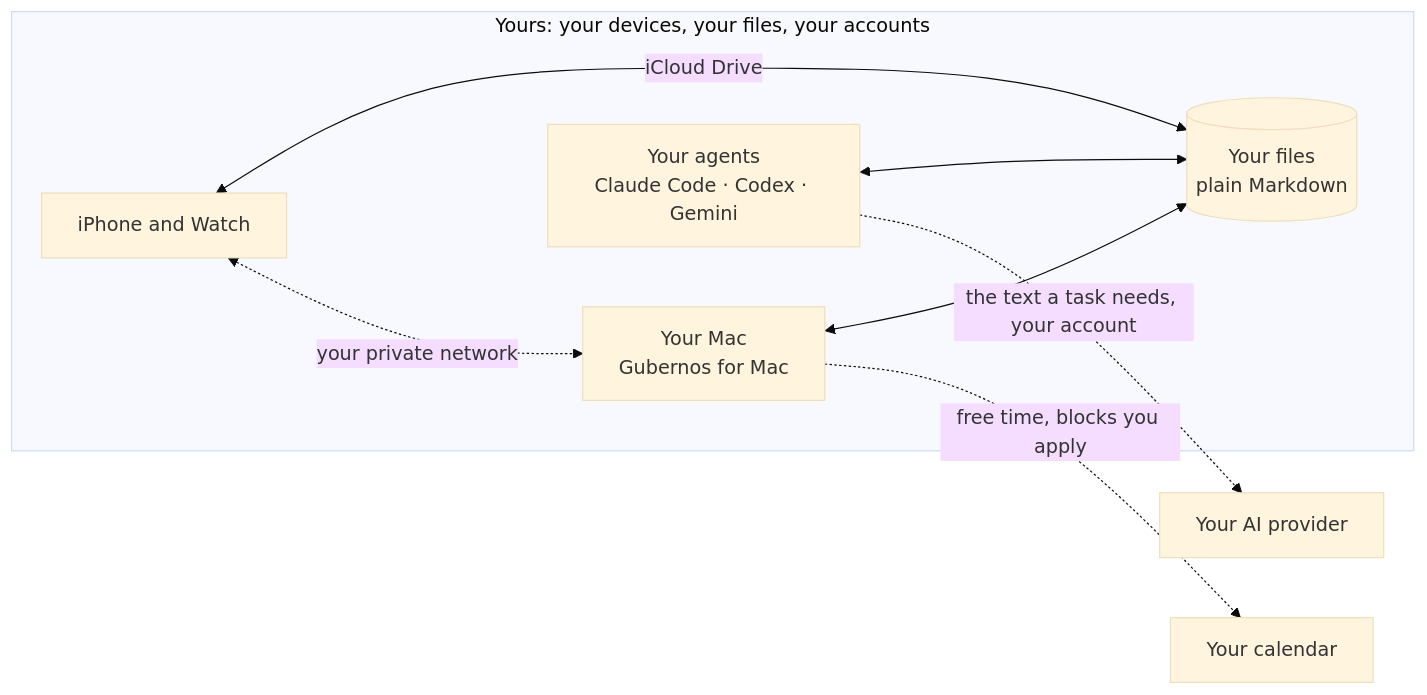
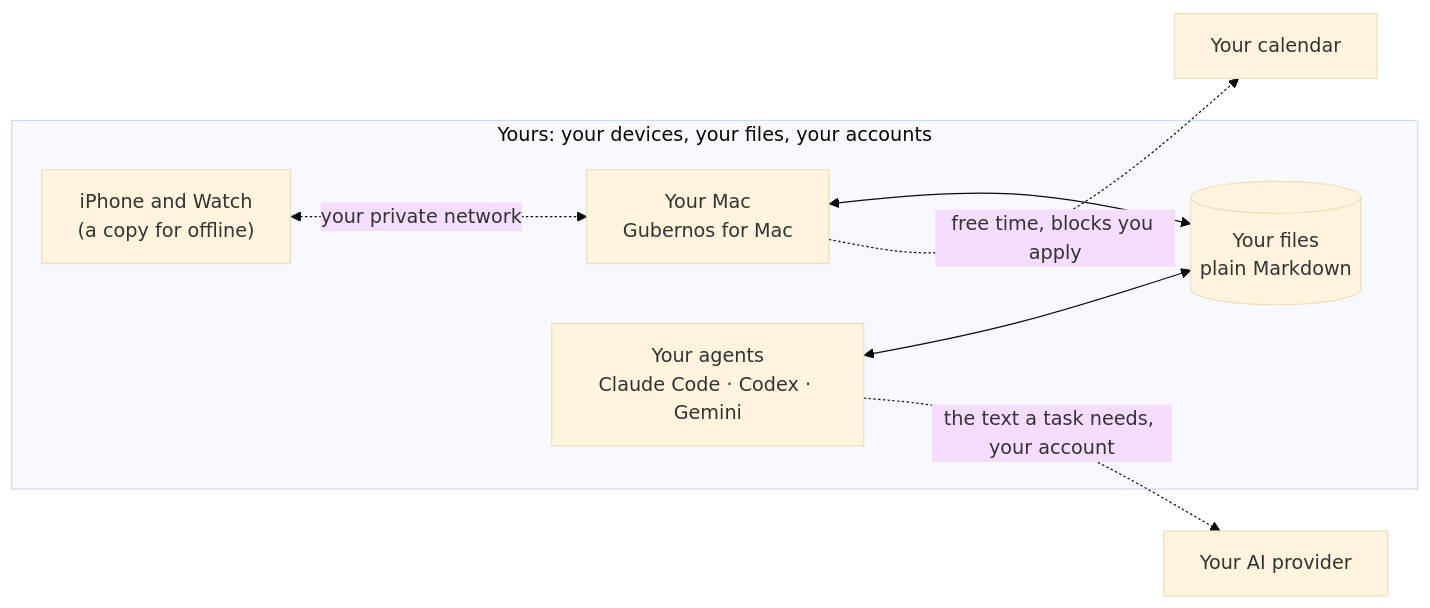
One commit to old-bozman/gubernos changed the diagram in README.md. Above: the diagram before and after it, drawn with Mermaid (base theme). The commit also changed other lines of this file and 9 other files, not shown here.

First line of the commit message:
iCloud optional: the vault defaults to ~/Gubernos; the phone gets a copy from the Mac; daily backups

````diff
--- a/README.md
+++ b/README.md
@@ -56,11 +56,11 @@
 ```mermaid
 flowchart LR
   subgraph yours["Yours: your devices, your files, your accounts"]
-    phone["iPhone and Watch"] <-- "iCloud Drive" --> files[("Your files<br/>plain Markdown")]
-    mac["Your Mac<br/>Gubernos for Mac"] <--> files
+    mac["Your Mac<br/>Gubernos for Mac"] <--> files[("Your files<br/>plain Markdown")]
+    phone["iPhone and Watch<br/>(a copy for offline)"]
     agents["Your agents<br/>Claude Code · Codex · Gemini"] <--> files
     phone <-. "your private network" .-> mac
   end
   agents -. "the text a task needs, your account" .-> ai["Your AI provider"]
   mac -. "free time, blocks you apply" .-> cal["Your calendar"]
 ```
````
